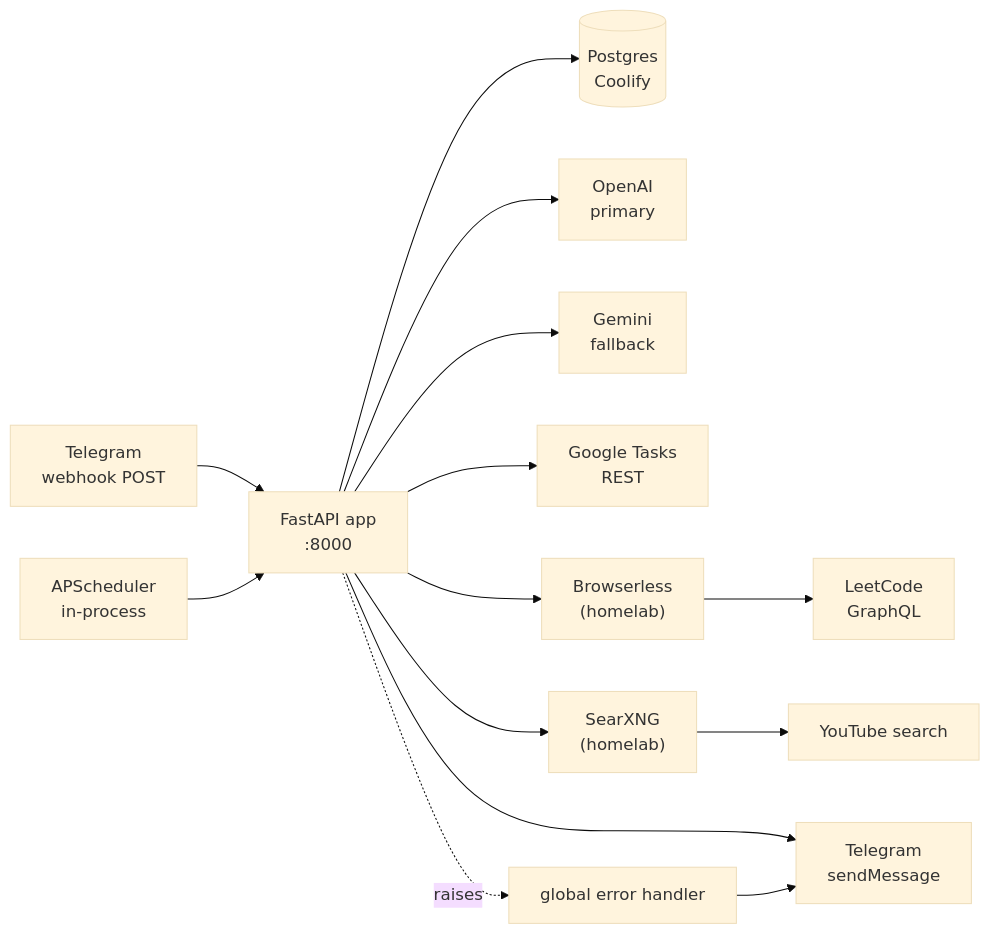
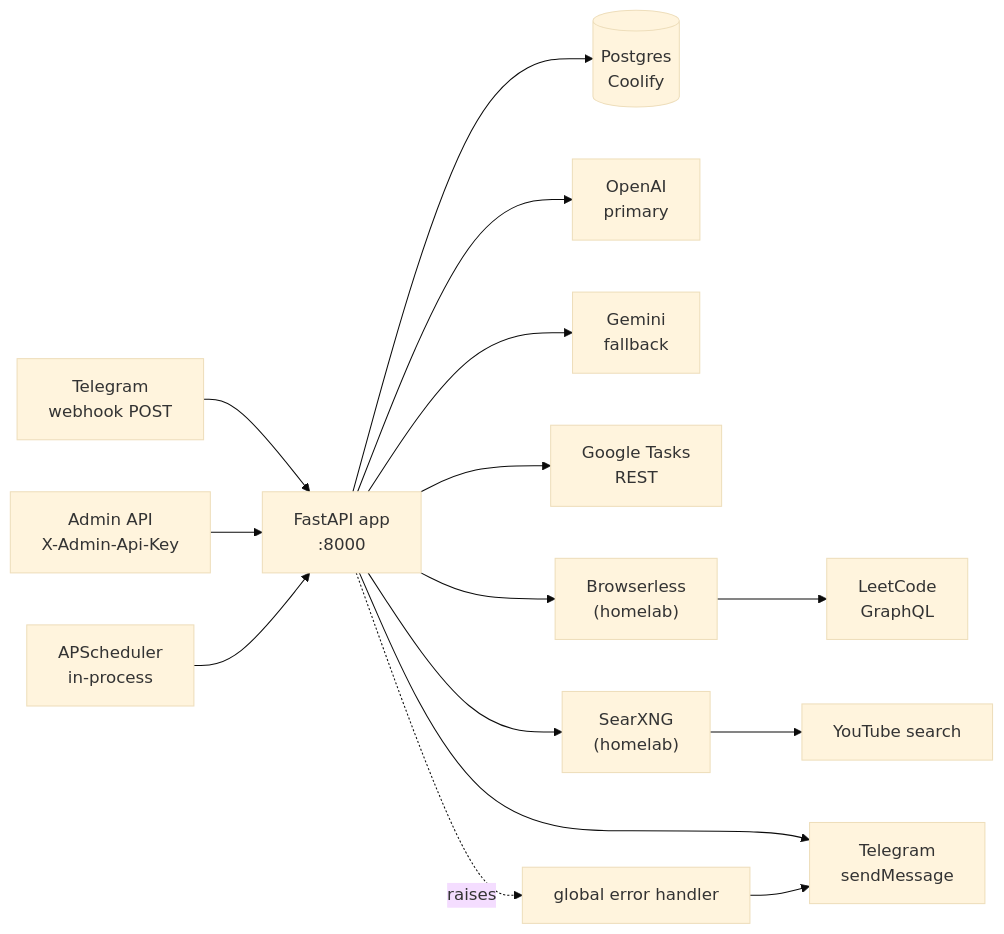
The diagram in docs/architecture.md (DurdeuVlad/leetcode-coach-service), drawn with Mermaid (base theme) before and after one commit. The commit also changed other lines of this file and 9 other files, not shown here.

First line of the commit message:
feat: admin API for automated end-to-end testing

````diff
--- a/docs/architecture.md
+++ b/docs/architecture.md
@@ -108,14 +110,15 @@
 ```mermaid
 flowchart LR
     TG["Telegram<br/>webhook POST"] --> APP["FastAPI app<br/>:8000"]
+    ADM["Admin API<br/>X-Admin-Api-Key"] --> APP
     SCH["APScheduler<br/>in-process"] --> APP
     APP --> DB[("Postgres<br/>Coolify")]
     APP --> LLM["OpenAI<br/>primary"]
     APP --> LLMF["Gemini<br/>fallback"]
     APP --> GT["Google Tasks<br/>REST"]
     APP --> BL["Browserless<br/>(homelab)"] --> LC["LeetCode<br/>GraphQL"]
     APP --> SX["SearXNG<br/>(homelab)"] --> YT["YouTube search"]
     APP --> TG_OUT["Telegram<br/>sendMessage"]
     ERR["global error handler"] --> TG_OUT
     APP -.raises.-> ERR
 ```
````
